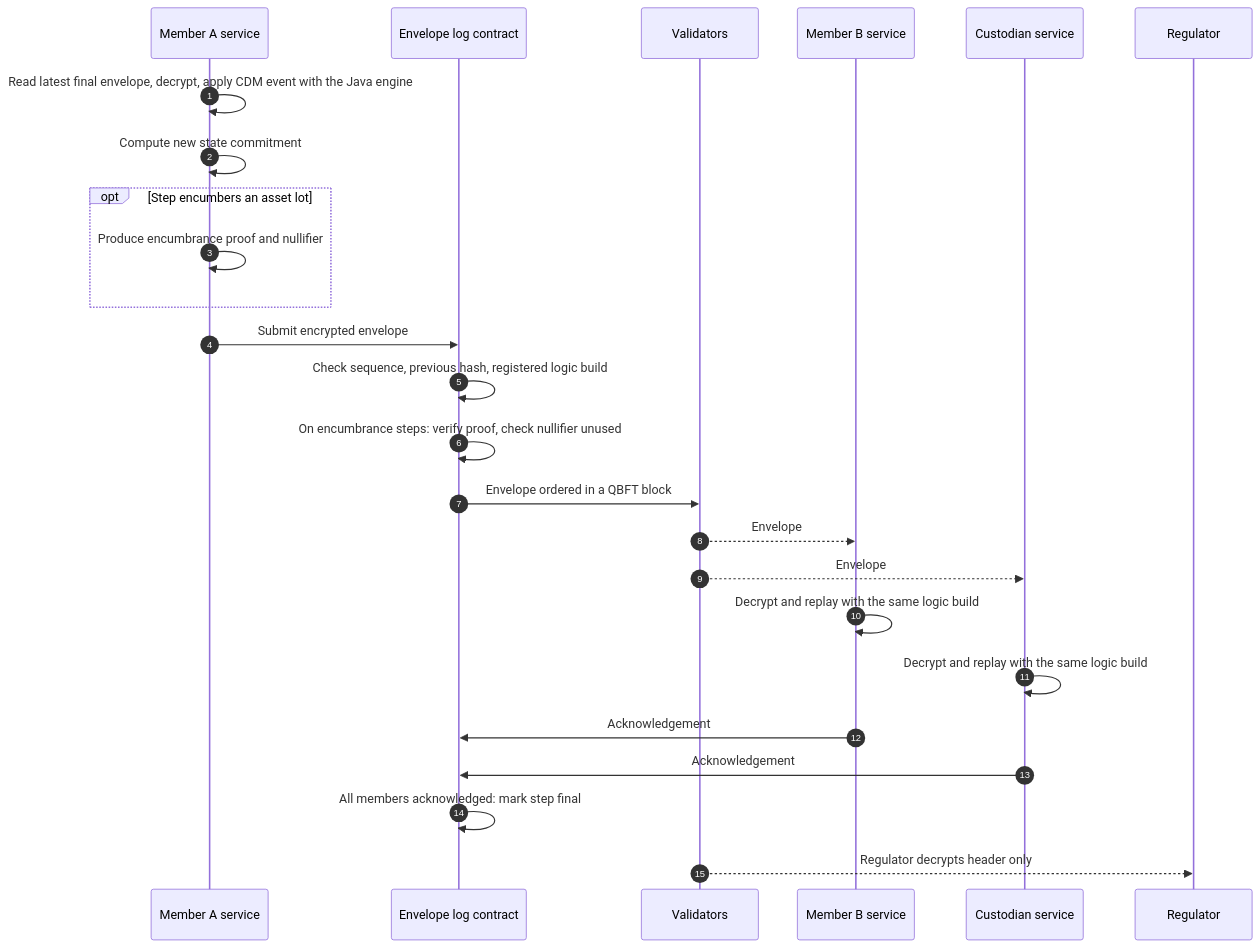
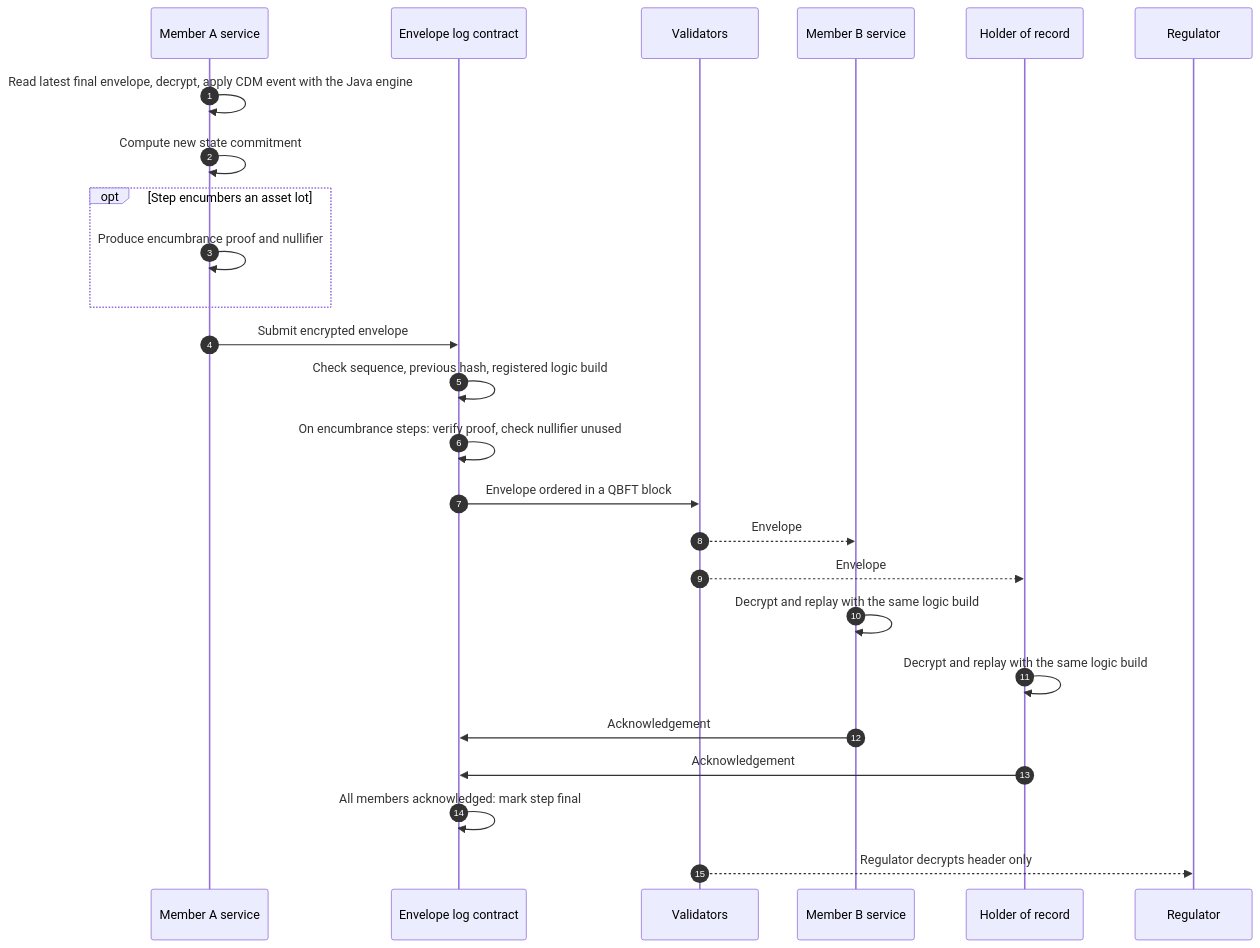
One commit to finos-hack/cdm-collateral changed the sixth of 10 diagrams in docs/architecture/onchain-privacy.md. Above: the diagram before and after it, drawn with Mermaid. The commit also changed other lines of this file, not shown here.

````diff
--- a/docs/architecture/onchain-privacy.md
+++ b/docs/architecture/onchain-privacy.md
@@ -513,28 +513,28 @@
 ```mermaid
 sequenceDiagram
   autonumber
   participant A as Member A service
   participant C as Envelope log contract
   participant V as Validators
   participant B as Member B service
-  participant U as Custodian service
+  participant U as Holder of record
   participant R as Regulator
 
   A->>A: Read latest final envelope, decrypt, apply CDM event with the Java engine
   A->>A: Compute new state commitment
   opt Step encumbers an asset lot
     A->>A: Produce encumbrance proof and nullifier
   end
   A->>C: Submit encrypted envelope
   C->>C: Check sequence, previous hash, registered logic build
   C->>C: On encumbrance steps: verify proof, check nullifier unused
   C->>V: Envelope ordered in a QBFT block
   V-->>B: Envelope
   V-->>U: Envelope
   B->>B: Decrypt and replay with the same logic build
   U->>U: Decrypt and replay with the same logic build
   B->>C: Acknowledgement
   U->>C: Acknowledgement
   C->>C: All members acknowledged: mark step final
   V-->>R: Regulator decrypts header only
 ```
````
